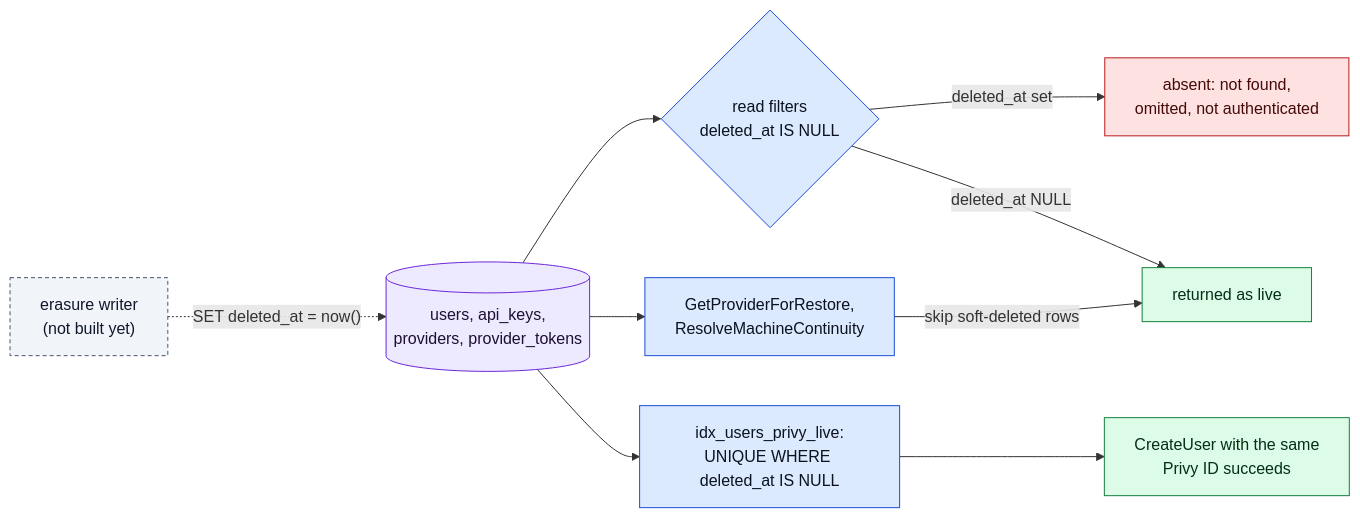
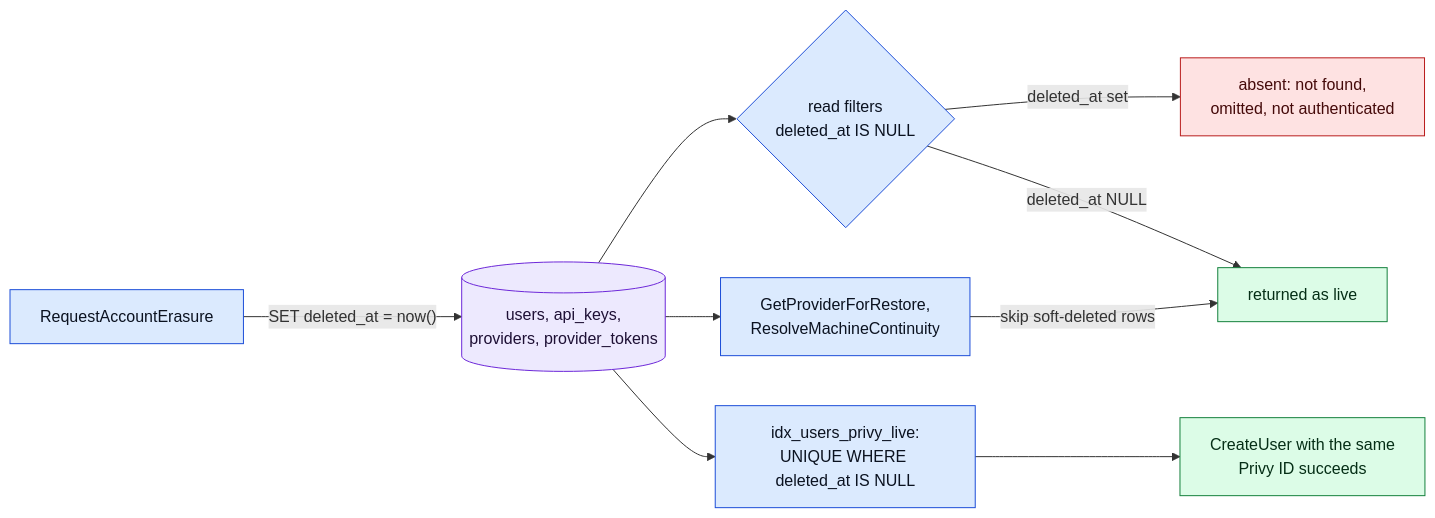
One commit to Layr-Labs/d-inference changed the third of 3 diagrams in docs/architecture/schema-lifecycle.md. Above: the diagram before and after it, drawn with Mermaid. The commit also changed other lines of this file and 210 other files, not shown here.

First line of the commit message:
Add GDPR account erasure: plan, soft delete, grace, scrub (#1332)

````diff
--- a/docs/architecture/schema-lifecycle.md
+++ b/docs/architecture/schema-lifecycle.md
@@ -241,16 +250,15 @@
 ```mermaid
 flowchart LR
   classDef step fill:#dbeafe,stroke:#1d4ed8,color:#0b1220
   classDef data fill:#ede9fe,stroke:#6d28d9,color:#1e1035
   classDef ok fill:#dcfce7,stroke:#15803d,color:#052e16
   classDef hidden fill:#fee2e2,stroke:#b91c1c,color:#450a0a
-  classDef future fill:#f1f5f9,stroke:#475569,color:#0f172a,stroke-dasharray: 4 3
-  E["erasure writer<br/>(not built yet)"]:::future -. "SET deleted_at = now()" .-> R[("users, api_keys,<br/>providers, provider_tokens")]:::data
+  E["RequestAccountErasure"]:::step -- "SET deleted_at = now()" --> R[("users, api_keys,<br/>providers, provider_tokens")]:::data
   R --> F{"read filters<br/>deleted_at IS NULL"}:::step
   F -- "deleted_at set" --> H["absent: not found,<br/>omitted, not authenticated"]:::hidden
   F -- "deleted_at NULL" --> L["returned as live"]:::ok
   R --> RP["GetProviderForRestore,<br/>ResolveMachineContinuity"]:::step
   RP -- "skip soft-deleted rows" --> L
   R --> U["idx_users_privy_live:<br/>UNIQUE WHERE deleted_at IS NULL"]:::step
   U --> S["CreateUser with the same<br/>Privy ID succeeds"]:::ok
 ```
````
